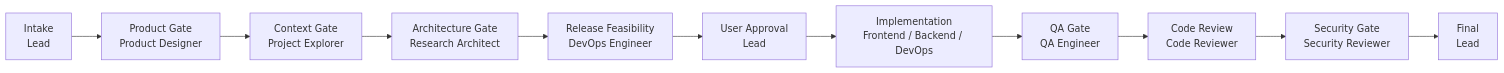
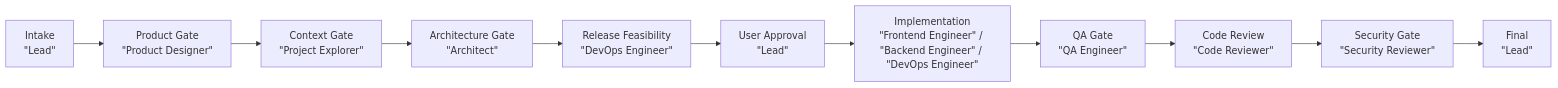
The second of 3 diagrams in ARCHITECTURE.md (ty-testty/Agents-team), drawn with Mermaid before and after one commit. The commit also changed other lines of this file, not shown here.

Commit message:
Clarify architecture role labels

````diff
--- a/ARCHITECTURE.md
+++ b/ARCHITECTURE.md
@@ -81,13 +81,13 @@
 ```mermaid
 flowchart LR
-    A["Intake<br/>Lead"] --> B["Product Gate<br/>Product Designer"]
-    B --> C["Context Gate<br/>Project Explorer"]
-    C --> D["Architecture Gate<br/>Research Architect"]
-    D --> E["Release Feasibility<br/>DevOps Engineer"]
-    E --> F["User Approval<br/>Lead"]
-    F --> G["Implementation<br/>Frontend / Backend / DevOps"]
-    G --> H["QA Gate<br/>QA Engineer"]
-    H --> I["Code Review<br/>Code Reviewer"]
-    I --> J["Security Gate<br/>Security Reviewer"]
-    J --> K["Final<br/>Lead"]
+    A["Intake<br/>&quot;Lead&quot;"] --> B["Product Gate<br/>&quot;Product Designer&quot;"]
+    B --> C["Context Gate<br/>&quot;Project Explorer&quot;"]
+    C --> D["Architecture Gate<br/>&quot;Architect&quot;"]
+    D --> E["Release Feasibility<br/>&quot;DevOps Engineer&quot;"]
+    E --> F["User Approval<br/>&quot;Lead&quot;"]
+    F --> G["Implementation<br/>&quot;Frontend Engineer&quot; / &quot;Backend Engineer&quot; / &quot;DevOps Engineer&quot;"]
+    G --> H["QA Gate<br/>&quot;QA Engineer&quot;"]
+    H --> I["Code Review<br/>&quot;Code Reviewer&quot;"]
+    I --> J["Security Gate<br/>&quot;Security Reviewer&quot;"]
+    J --> K["Final<br/>&quot;Lead&quot;"]
 ```
````
